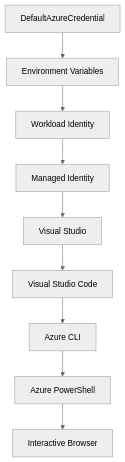
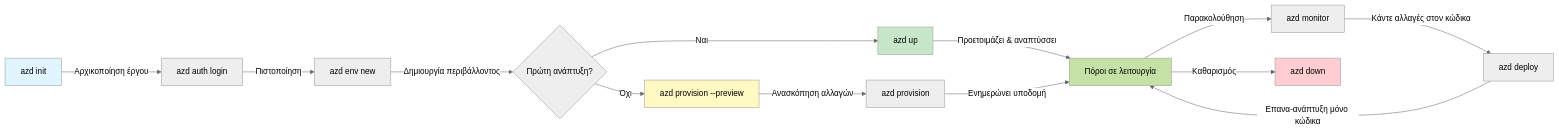
The diagram in translations/el/docs/getting-started/azd-basics.md (microsoft/AZD-for-beginners), drawn with Mermaid (neutral theme) before and after one commit. The commit also changed other lines of this file and 130 other files, not shown here.

````diff
--- a/translations/el/docs/getting-started/azd-basics.md
+++ b/translations/el/docs/getting-started/azd-basics.md
@@ -294,11 +263,21 @@
 ```mermaid
-graph TD
-    A[DefaultAzureCredential] --> B[Environment Variables]
-    B --> C[Workload Identity]
-    C --> D[Managed Identity]
-    D --> E[Visual Studio]
-    E --> F[Visual Studio Code]
-    F --> G[Azure CLI]
-    G --> H[Azure PowerShell]
-    H --> I[Interactive Browser]
+graph LR
+    A[azd init] -->|Αρχικοποίηση έργου| B[azd auth login]
+    B -->|Πιστοποίηση| C[azd env new]
+    C -->|Δημιουργία περιβάλλοντος| D{Πρώτη ανάπτυξη?}
+    D -->|Ναι| E[azd up]
+    D -->|Όχι| F[azd provision --preview]
+    F -->|Ανασκόπηση αλλαγών| G[azd provision]
+    E -->|Προετοιμάζει & αναπτύσσει| H[Πόροι σε λειτουργία]
+    G -->|Ενημερώνει υποδομή| H
+    H -->|Παρακολούθηση| I[azd monitor]
+    I -->|Κάντε αλλαγές στον κώδικα| J[azd deploy]
+    J -->|Επανα-ανάπτυξη μόνο κώδικα| H
+    H -->|Καθαρισμός| K[azd down]
+    
+    style A fill:#e1f5fe
+    style E fill:#c8e6c9
+    style F fill:#fff9c4
+    style H fill:#c5e1a5
+    style K fill:#ffcdd2
 ```
````
